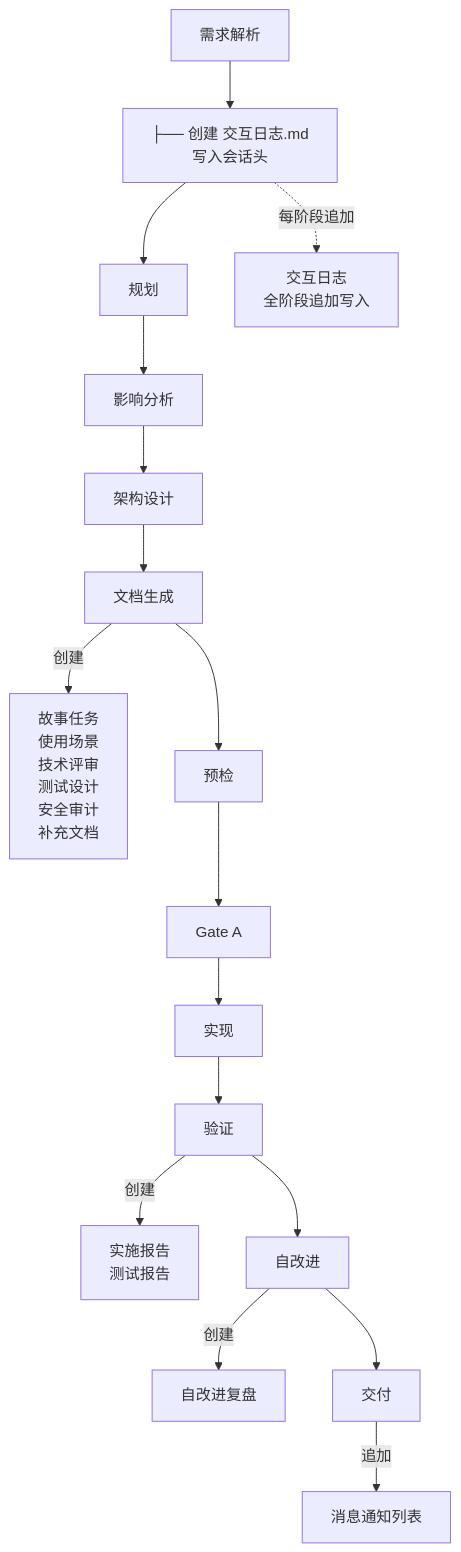
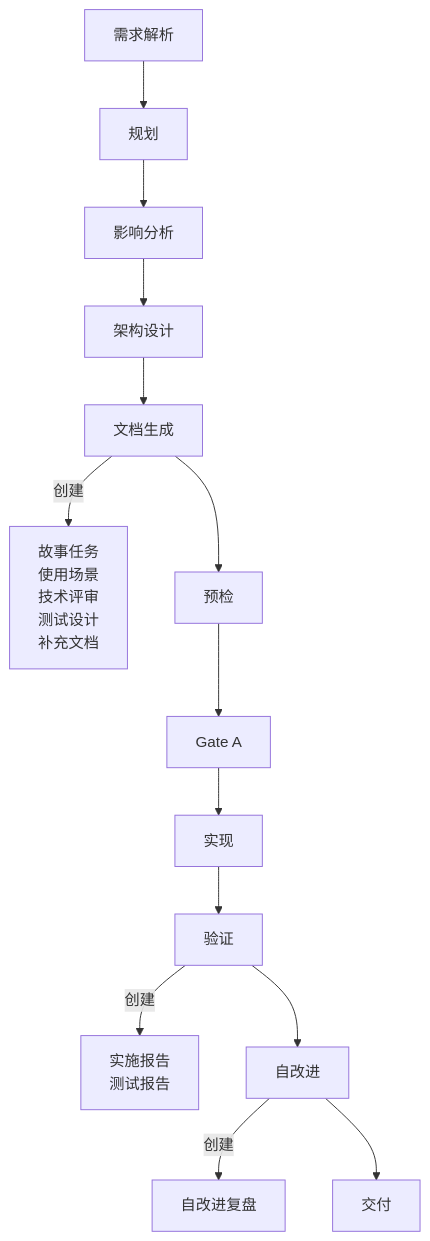
Before and after one commit to effiy/YrY: the second of 3 diagrams in skills/rui/coder.md, drawn with Mermaid. The commit also changed other lines of this file and 91 other files, not shown here.

````diff
--- a/skills/rui/coder.md
+++ b/skills/rui/coder.md
@@ -70,20 +56,17 @@
 ```mermaid
 flowchart TB
-    A["需求解析"]:::phase --> A1["├── 创建 交互日志.md<br/>写入会话头"]:::log
-    A1 --> B["规划"]:::phase
+    A["需求解析"]:::phase --> B["规划"]:::phase
     B --> C["影响分析"]:::phase
     C --> D["架构设计"]:::phase
     D --> E["文档生成"]:::phase
-    E -->|"创建"| E1["故事任务<br/>使用场景<br/>技术评审<br/>测试设计<br/>安全审计<br/>补充文档"]:::create
+    E -->|"创建"| E1["故事任务<br/>使用场景<br/>技术评审<br/>测试设计<br/>补充文档"]:::create
     E --> F["预检"]:::phase
     F --> G["Gate A"]:::gate
     G --> H["实现"]:::phase
     H --> I["验证"]:::phase
     I -->|"创建"| I1["实施报告<br/>测试报告"]:::create
     I --> J["自改进"]:::phase
     J -->|"创建"| J1["自改进复盘"]:::create
     J --> K["交付"]:::phase
-    K -->|"追加"| K1["消息通知列表"]:::create
-    A1 -.->|"每阶段追加"| A2["交互日志<br/>全阶段追加写入"]:::log
 
 ```
````
